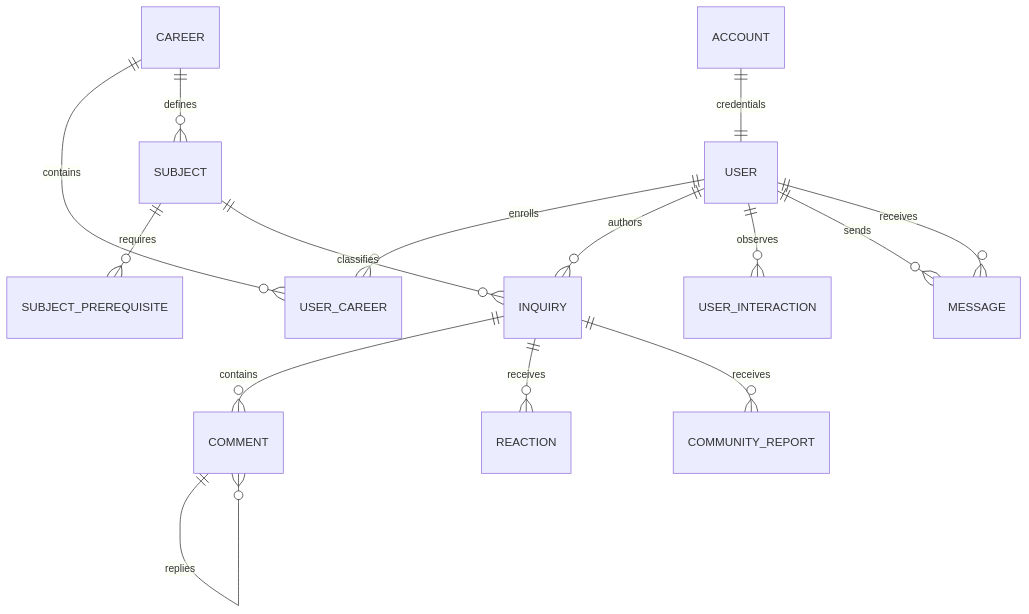
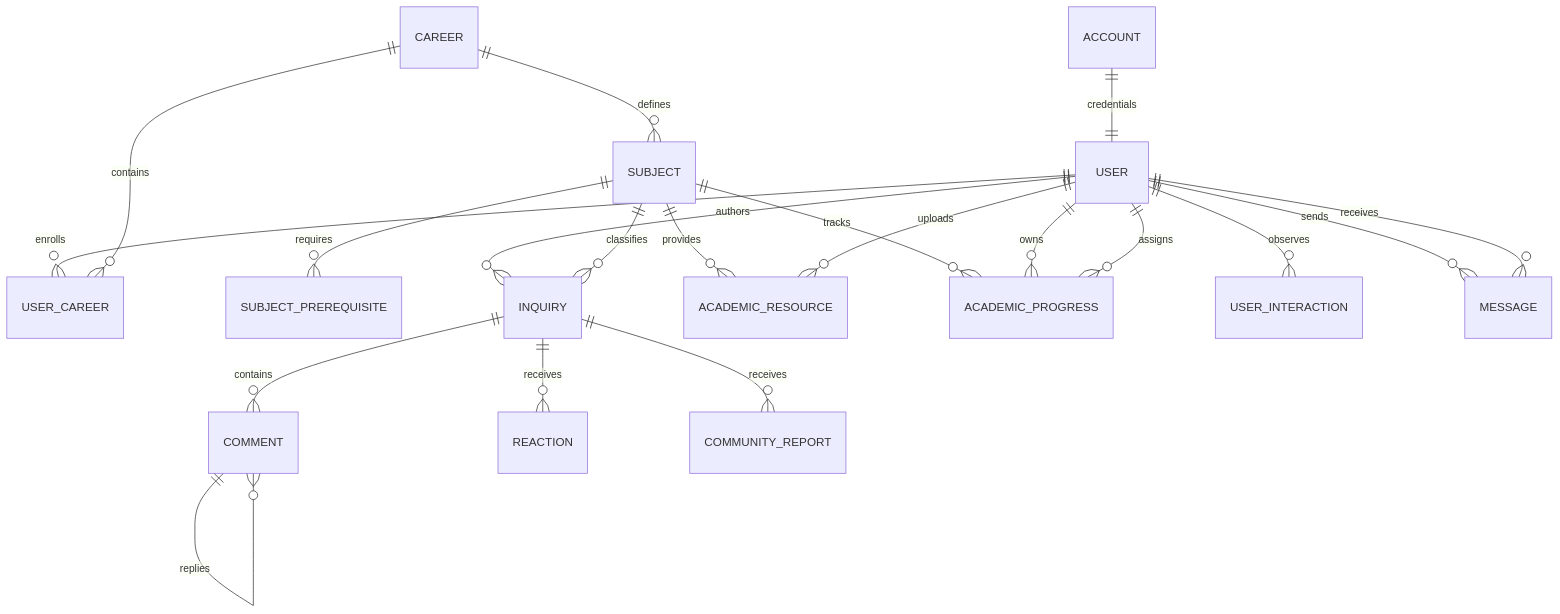
One commit to fagdiaz/OneITB changed the first of 2 diagrams in docs/project_docs/architecture-and-design.md. Above: the diagram before and after it, drawn with Mermaid. The commit also changed other lines of this file and 22 other files, not shown here.

````diff
--- a/docs/project_docs/architecture-and-design.md
+++ b/docs/project_docs/architecture-and-design.md
@@ -52,17 +52,22 @@
 ```mermaid
 erDiagram
     ACCOUNT ||--|| USER : credentials
     USER ||--o{ USER_CAREER : enrolls
     CAREER ||--o{ USER_CAREER : contains
     CAREER ||--o{ SUBJECT : defines
     SUBJECT ||--o{ SUBJECT_PREREQUISITE : requires
     USER ||--o{ INQUIRY : authors
     SUBJECT ||--o{ INQUIRY : classifies
+    SUBJECT ||--o{ ACADEMIC_RESOURCE : provides
+    SUBJECT ||--o{ ACADEMIC_PROGRESS : tracks
     INQUIRY ||--o{ COMMENT : contains
     COMMENT ||--o{ COMMENT : replies
     INQUIRY ||--o{ REACTION : receives
     INQUIRY ||--o{ COMMUNITY_REPORT : receives
     USER ||--o{ USER_INTERACTION : observes
+    USER ||--o{ ACADEMIC_RESOURCE : uploads
+    USER ||--o{ ACADEMIC_PROGRESS : owns
+    USER ||--o{ ACADEMIC_PROGRESS : assigns
     USER ||--o{ MESSAGE : sends
     USER ||--o{ MESSAGE : receives
 ```
````
